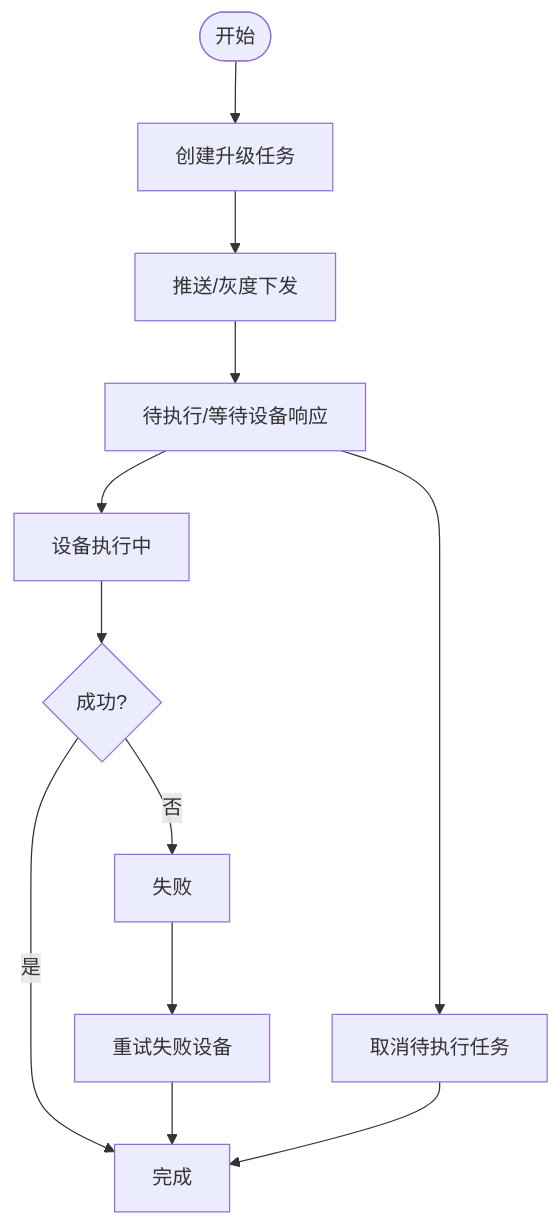
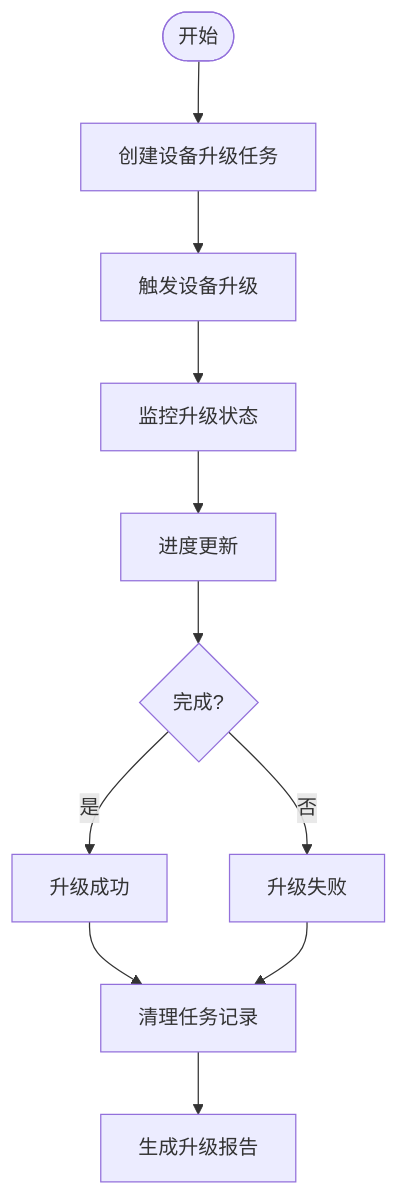
Before and after one commit to mcmrzy/cs_inv_monitor-develop: the third of 6 diagrams in .qoder/repowiki/zh/content/OTA升级系统/OTA任务调度/OTA任务管理.md, drawn with Mermaid. The commit also changed other lines of this file and 128 other files, not shown here.

````diff
--- a/.qoder/repowiki/zh/content/OTA升级系统/OTA任务调度/OTA任务管理.md
+++ b/.qoder/repowiki/zh/content/OTA升级系统/OTA任务调度/OTA任务管理.md
@@ -125,14 +130,13 @@
 ```mermaid
 flowchart TD
-Start(["开始"]) --> Create["创建升级任务"]
-Create --> Push["推送/灰度下发"]
-Push --> Pending["待执行/等待设备响应"]
-Pending --> Executing["设备执行中"]
-Executing --> Success{"成功?"}
-Success --> |是| Done["完成"]
-Success --> |否| Failed["失败"]
-Failed --> Retry["重试失败设备"]
-Pending --> Cancel["取消待执行任务"]
-Cancel --> Done
-Retry --> Done
+Start(["开始"]) --> Create["创建设备升级任务"]
+Create --> Trigger["触发设备升级"]
+Trigger --> Monitor["监控升级状态"]
+Monitor --> Progress["进度更新"]
+Progress --> Complete{"完成?"}
+Complete --> |是| Success["升级成功"]
+Complete --> |否| Failure["升级失败"]
+Success --> Cleanup["清理任务记录"]
+Failure --> Cleanup
+Cleanup --> Report["生成升级报告"]
 ```
````
